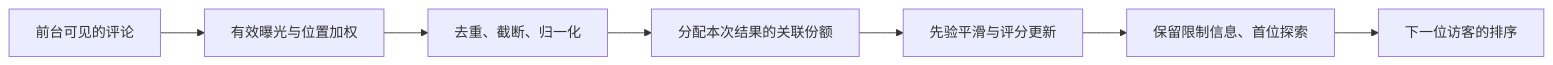
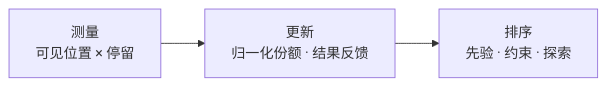
Before and after one commit to Linkon990/jianwei-review-ranking: the diagram in README.md, drawn with Mermaid. The commit also changed 1 other file, not shown here.

Commit message:
Keep algorithm diagrams readable on repository pages

````diff
--- a/README.md
+++ b/README.md
@@ -11,9 +11,5 @@
 ```mermaid
 flowchart LR
-    A["前台可见的评论"] --> B["有效曝光与位置加权"]
-    B --> C["去重、截断、归一化"]
-    C --> D["分配本次结果的关联份额"]
-    D --> E["先验平滑与评分更新"]
-    E --> F["保留限制信息、首位探索"]
-    F --> G["下一位访客的排序"]
+    A["测量<br/>可见位置 × 停留"] --> B["更新<br/>归一化份额 · 结果反馈"]
+    B --> C["排序<br/>先验 · 约束 · 探索"]
 ```
````
